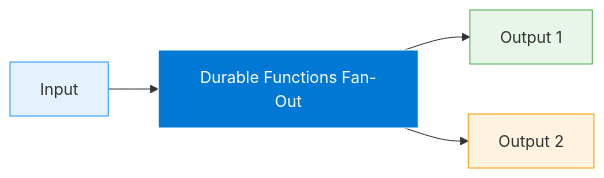
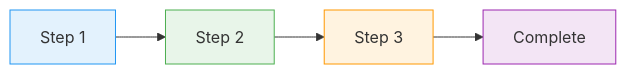
Before and after one commit to sixeyed/azure-az204: the diagram in slides/functions-durable-fan-out/003.md, drawn with Mermaid. The commit also changed other lines of this file and 452 other files, not shown here.

````diff
--- a/slides/functions-durable-fan-out/003.md
+++ b/slides/functions-durable-fan-out/003.md
@@ -7,11 +7,11 @@
 ```mermaid
 graph LR
-    Input[Input] --> Process[Durable Functions Fan-Out]
-    Process --> Output1[Output 1]
-    Process --> Output2[Output 2]
+    A[Step 1] --> B[Step 2]
+    B --> C[Step 3]
+    C --> D[Complete]
 
-    style Process fill:#0078d4,stroke:#fff,color:#fff
-    style Input fill:#e3f2fd,stroke:#2196f3
-    style Output1 fill:#e8f5e9,stroke:#4caf50
-    style Output2 fill:#fff3e0,stroke:#ff9800
+    style A fill:#e3f2fd,stroke:#2196f3
+    style B fill:#e8f5e9,stroke:#4caf50
+    style C fill:#fff3e0,stroke:#ff9800
+    style D fill:#f3e5f5,stroke:#9c27b0
 ```
````
